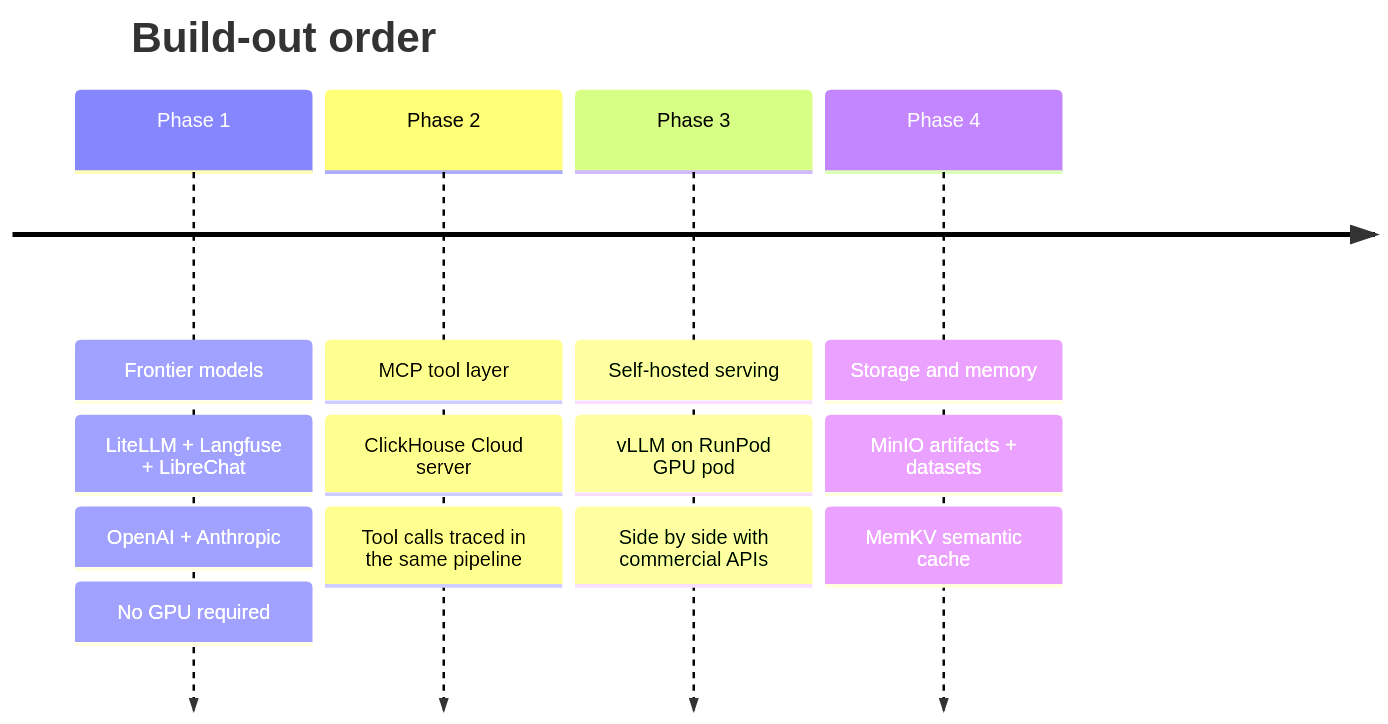
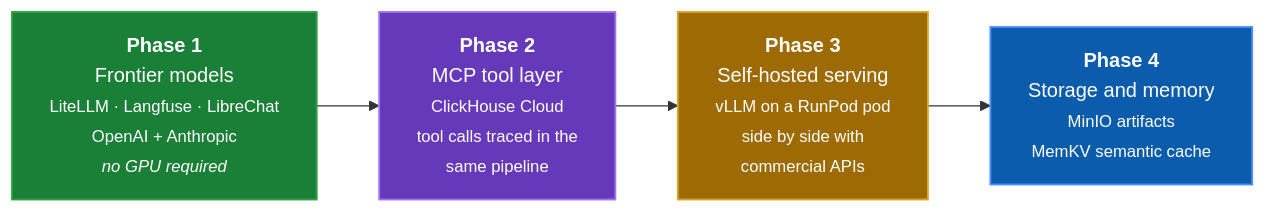
The diagram in docs/phases.md (litkhai/llmops-in-a-box), drawn with Mermaid before and after one commit. The commit also changed 5 other files, not shown here.

````diff
--- a/docs/phases.md
+++ b/docs/phases.md
@@ -26,17 +26,18 @@
 ```mermaid
-timeline
-    title Build-out order
-    Phase 1 : Frontier models
-            : LiteLLM + Langfuse + LibreChat
-            : OpenAI + Anthropic
-            : No GPU required
-    Phase 2 : MCP tool layer
-            : ClickHouse Cloud server
-            : Tool calls traced in the same pipeline
-    Phase 3 : Self-hosted serving
-            : vLLM on RunPod GPU pod
-            : Side by side with commercial APIs
-    Phase 4 : Storage and memory
-            : MinIO artifacts + datasets
-            : MemKV semantic cache
+flowchart LR
+    P1["<b>Phase 1</b><br/>Frontier models<br/><small>LiteLLM · Langfuse · LibreChat<br/>OpenAI + Anthropic<br/><i>no GPU required</i></small>"]
+    P2["<b>Phase 2</b><br/>MCP tool layer<br/><small>ClickHouse Cloud<br/>tool calls traced in the<br/>same pipeline</small>"]
+    P3["<b>Phase 3</b><br/>Self-hosted serving<br/><small>vLLM on a RunPod pod<br/>side by side with<br/>commercial APIs</small>"]
+    P4["<b>Phase 4</b><br/>Storage and memory<br/><small>MinIO artifacts<br/>MemKV semantic cache</small>"]
+
+    P1 --> P2 --> P3 --> P4
+
+    classDef p1 fill:#1a7f37,stroke:#2ea043,color:#fff,stroke-width:1.5px
+    classDef p2 fill:#6639ba,stroke:#a371f7,color:#fff,stroke-width:1.5px
+    classDef p3 fill:#9e6a03,stroke:#d4a72c,color:#fff,stroke-width:1.5px
+    classDef p4 fill:#0b5cad,stroke:#4c8dff,color:#fff,stroke-width:1.5px
+    class P1 p1
+    class P2 p2
+    class P3 p3
+    class P4 p4
 ```
````
